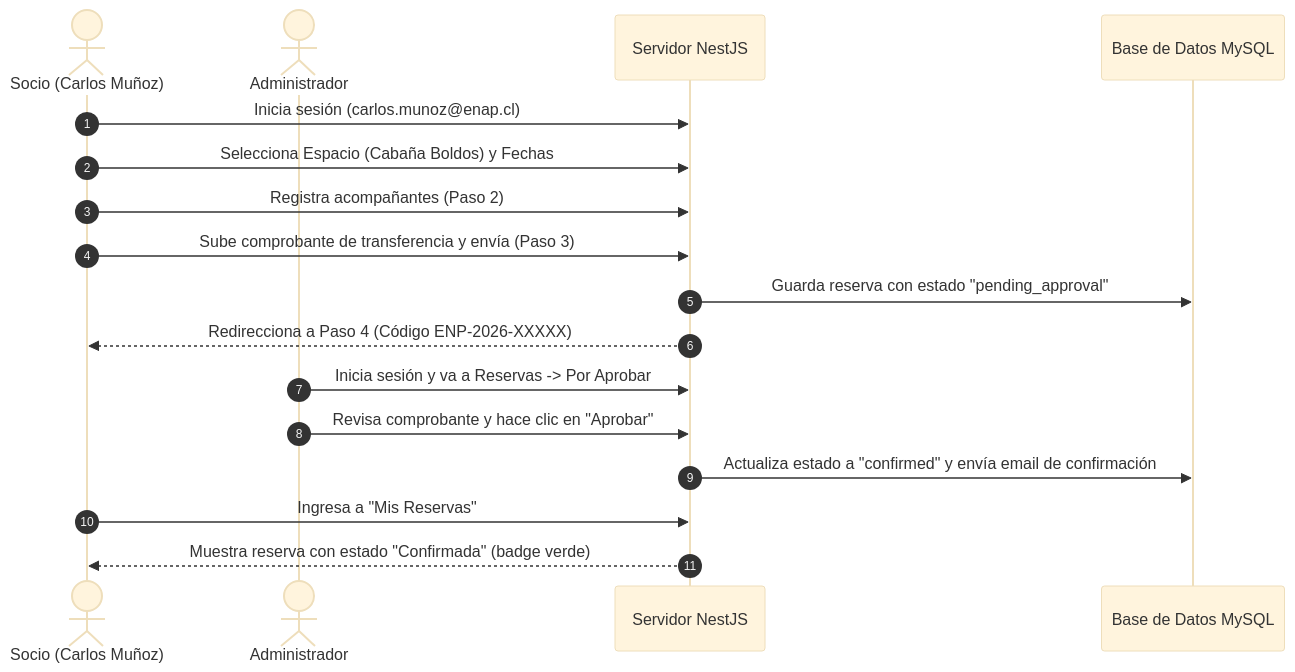
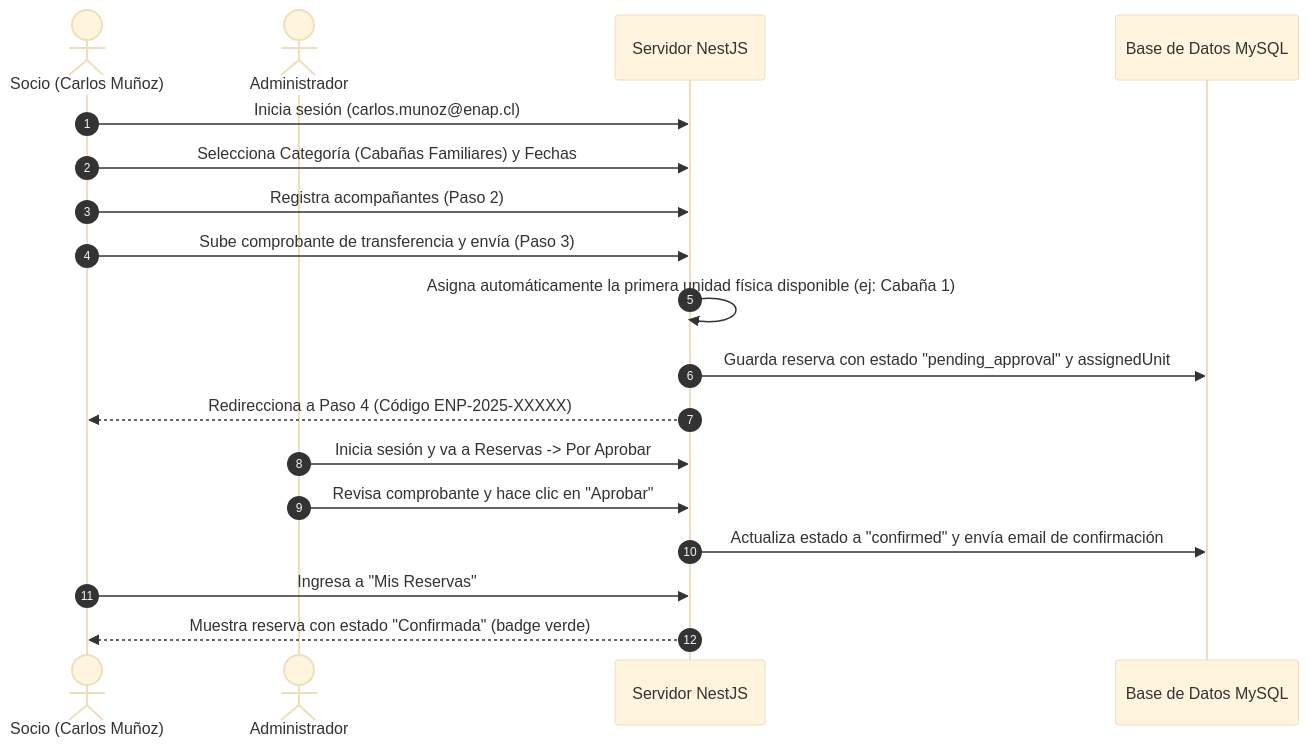
Before and after one commit to fuentesbusco/enap-booking-platform: the diagram in manual_de_pruebas.md, drawn with Mermaid (base theme). The commit also changed other lines of this file and 9 other files, not shown here.

````diff
--- a/manual_de_pruebas.md
+++ b/manual_de_pruebas.md
@@ -21,20 +21,21 @@
 ```mermaid
 sequenceDiagram
     autonumber
     actor Cliente as Socio (Carlos Muñoz)
     actor Admin as Administrador
     participant Srv as Servidor NestJS
     participant DB as Base de Datos MySQL
     
     Cliente->>Srv: Inicia sesión (carlos.munoz@enap.cl)
-    Cliente->>Srv: Selecciona Espacio (Cabaña Boldos) y Fechas
+    Cliente->>Srv: Selecciona Categoría (Cabañas Familiares) y Fechas
     Cliente->>Srv: Registra acompañantes (Paso 2)
     Cliente->>Srv: Sube comprobante de transferencia y envía (Paso 3)
-    Srv->>DB: Guarda reserva con estado "pending_approval"
-    Srv-->>Cliente: Redirecciona a Paso 4 (Código ENP-2026-XXXXX)
+    Srv->>Srv: Asigna automáticamente la primera unidad física disponible (ej: Cabaña 1)
+    Srv->>DB: Guarda reserva con estado "pending_approval" y assignedUnit
+    Srv-->>Cliente: Redirecciona a Paso 4 (Código ENP-2025-XXXXX)
     Admin->>Srv: Inicia sesión y va a Reservas -> Por Aprobar
     Admin->>Srv: Revisa comprobante y hace clic en "Aprobar"
     Srv->>DB: Actualiza estado a "confirmed" y envía email de confirmación
     Cliente->>Srv: Ingresa a "Mis Reservas"
     Srv-->>Cliente: Muestra reserva con estado "Confirmada" (badge verde)
 ```
````
